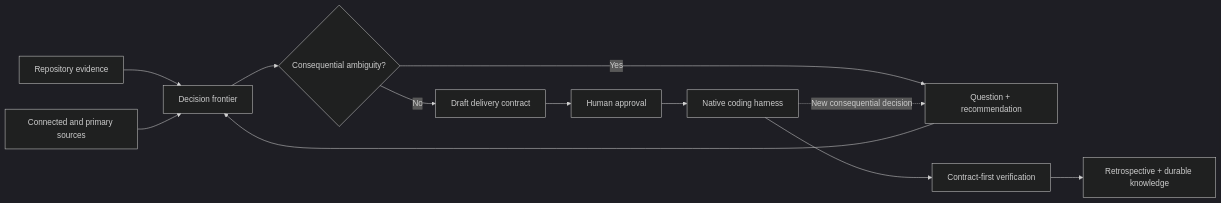
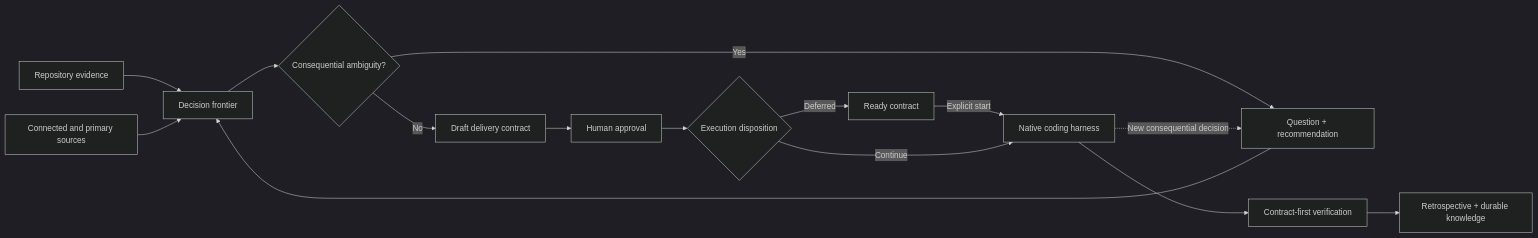
The diagram in README.md (rafaelolsr/intentwise), drawn with Mermaid (dark theme) before and after one commit. The commit also changed other lines of this file and 11 other files, not shown here.

Commit message:
Add deferred contract lifecycle

````diff
--- a/README.md
+++ b/README.md
@@ -43,14 +43,17 @@
 ```mermaid
 flowchart LR
     R[Repository evidence] --> F[Decision frontier]
     S[Connected and primary sources] --> F
     F --> Q{Consequential ambiguity?}
     Q -->|Yes| A[Question + recommendation]
     A --> F
     Q -->|No| C[Draft delivery contract]
     C --> U[Human approval]
-    U --> H[Native coding harness]
+    U --> D{Execution disposition}
+    D -->|Deferred| Y[Ready contract]
+    Y -->|Explicit start| H[Native coding harness]
+    D -->|Continue| H
     H --> V[Contract-first verification]
     V --> K[Retrospective + durable knowledge]
     H -. New consequential decision .-> A
 ```
````
